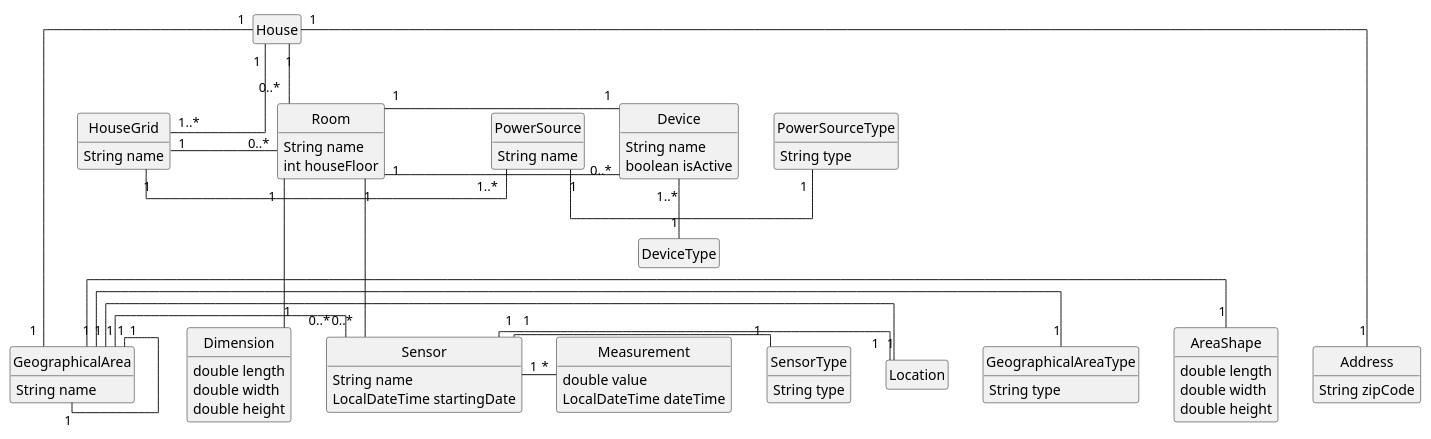
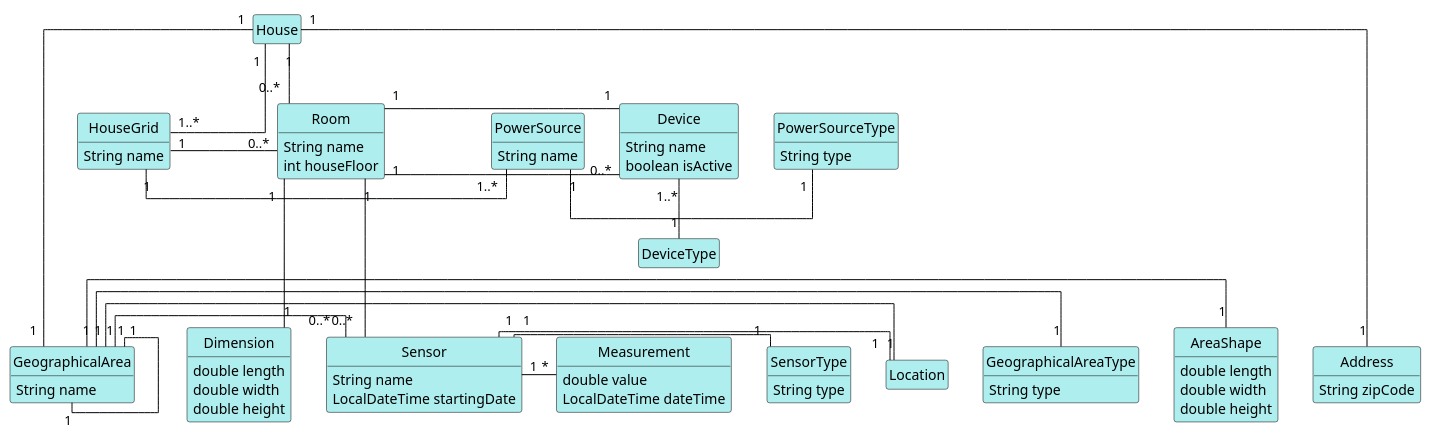
One commit to 1181687/hateoasToy changed the diagram in src/Docs/DomainModel.puml. Above: the diagram before and after it, drawn with PlantUML. The commit also changed 1 other file, not shown here.

```diff
--- a/src/Docs/DomainModel.puml
+++ b/src/Docs/DomainModel.puml
@@ -1,88 +1,95 @@
 @startuml
 skinparam linetype ortho
+
+skinparam class {
+	BackgroundColor PaleTurquoise
+	ArrowColor Black
+	BorderColor Black
+}
+
 hide circle
 hide empty methods
 hide empty attributes
 class SensorType{
 String type
 }
 class Sensor{
 String name
 LocalDateTime startingDate
 }
 class Measurement{
 double value
 LocalDateTime dateTime
 }
 class Location{
 }
 class GeographicalAreaType{
 String type
 }
 class GeographicalArea{
 String name
 }
 class AreaShape{
 double length
 double width
 double height
 }
 class Address{
 String zipCode
 }
 class House{
 }
 class Room{
 String name
 int houseFloor
 }
 class Dimension{
 double length
 double width
 double height
 }
 class HouseGrid{
 String name
 }
 class PowerSource{
 String name
 }
 class PowerSourceType{
 String type
 }
 class Device{
 String name
 boolean isActive
 }
 ENUM DeviceType{
 }
 
 Sensor "1" -"1" SensorType
 Sensor "1" - "*" Measurement
 Sensor "1" - "1" Location
 
 Room "1" --- "1" Dimension
 Room "1" --- "0..*" Sensor
 Room "1" --- "0..*" Device
 
 PowerSource "1" - "1" PowerSourceType
 
 House "1" -- "0..*" Room
 House "1" -- "1..*" HouseGrid
 House "1" ---- "1" Address
 House "1" ---- "1" GeographicalArea
 
 GeographicalArea "1" - "1" GeographicalAreaType
 GeographicalArea "1" - "1" GeographicalArea
 GeographicalArea "1" - "1" Location
 GeographicalArea "1" - "1" AreaShape
 GeographicalArea "1" - "0..*" Sensor
 
 Device "1" - "1" Room
 Device "1..*" -- "1" DeviceType
 
 HouseGrid "1" - "1..*" PowerSource
 HouseGrid "1" - "0..*" Room
 
 
 @enduml
```
